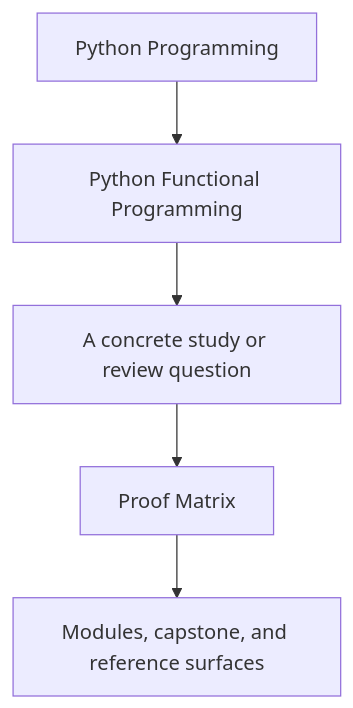
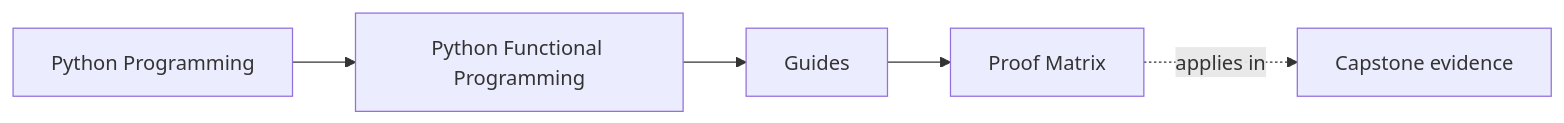
The first of 2 diagrams in programs/python-programming/python-functional-programming/course-book/guides/proof-matrix.md (bijux/bijux-masterclass), drawn with Mermaid before and after one commit. The commit also changed other lines of this file and 73 other files, not shown here.

Commit message:
docs(python-functional-programming): map orientation through streaming foundations

````diff
--- a/programs/python-programming/python-functional-programming/course-book/guides/proof-matrix.md
+++ b/programs/python-programming/python-functional-programming/course-book/guides/proof-matrix.md
@@ -7,7 +7,11 @@
 ```mermaid
-flowchart TD
-  family["Python Programming"] --> program["Python Functional Programming"]
-  program --> pressure["A concrete study or review question"]
-  pressure --> guide["Proof Matrix"]
-  guide --> next["Modules, capstone, and reference surfaces"]
+graph LR
+  family["Python Programming"]
+  program["Python Functional Programming"]
+  section["Guides"]
+  page["Proof Matrix"]
+  capstone["Capstone evidence"]
+
+  family --> program --> section --> page
+  page -.applies in.-> capstone
 ```
````
